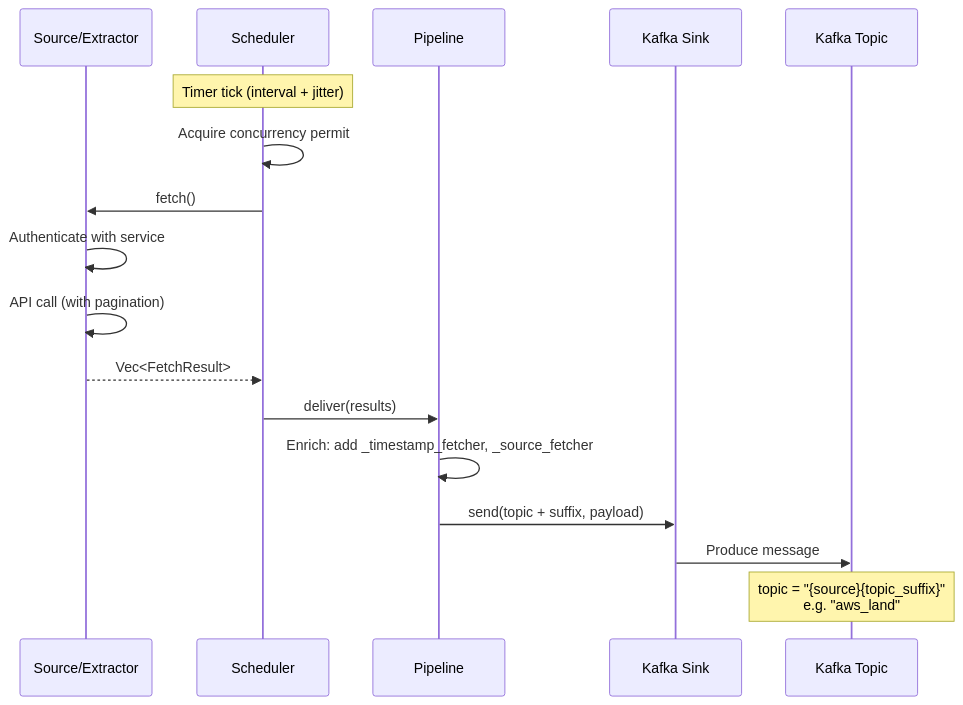
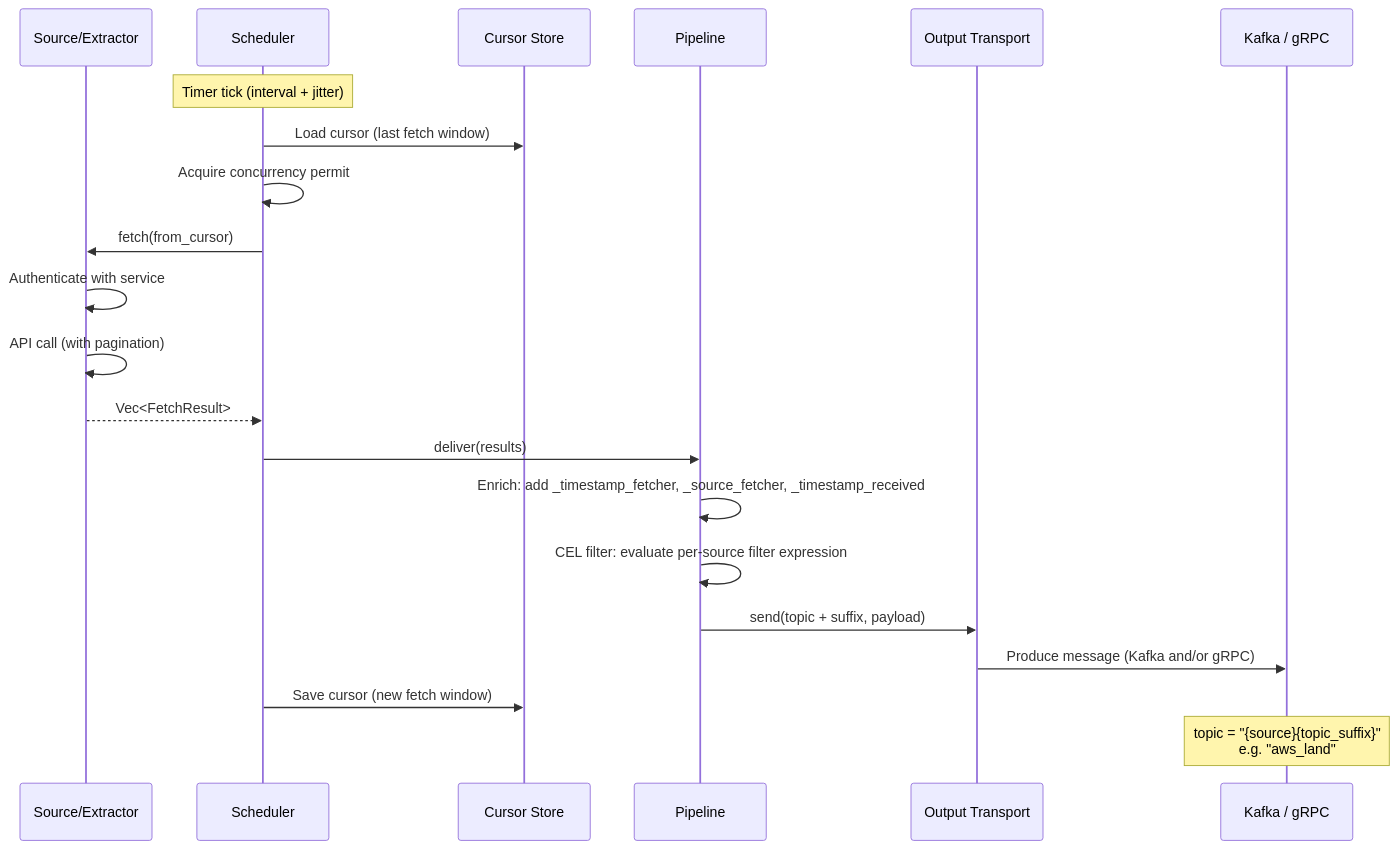
The third of 8 diagrams in docs/DESIGN.md (hyperi-io/dfe-fetcher), drawn with Mermaid before and after one commit. The commit also changed other lines of this file and 3 other files, not shown here.

Commit message:
docs: update architecture, config examples, and TODO for hardening

````diff
--- a/docs/DESIGN.md
+++ b/docs/DESIGN.md
@@ -118,20 +107,24 @@
 ```mermaid
 sequenceDiagram
     participant S as Source/Extractor
     participant Sch as Scheduler
+    participant C as Cursor Store
     participant P as Pipeline
-    participant K as Kafka Sink
-    participant T as Kafka Topic
+    participant O as Output Transport
+    participant T as Kafka / gRPC
 
     Note over Sch: Timer tick (interval + jitter)
+    Sch->>C: Load cursor (last fetch window)
     Sch->>Sch: Acquire concurrency permit
-    Sch->>S: fetch()
+    Sch->>S: fetch(from_cursor)
     S->>S: Authenticate with service
     S->>S: API call (with pagination)
     S-->>Sch: Vec<FetchResult>
     Sch->>P: deliver(results)
-    P->>P: Enrich: add _timestamp_fetcher, _source_fetcher
-    P->>K: send(topic + suffix, payload)
-    K->>T: Produce message
+    P->>P: Enrich: add _timestamp_fetcher, _source_fetcher, _timestamp_received
+    P->>P: CEL filter: evaluate per-source filter expression
+    P->>O: send(topic + suffix, payload)
+    O->>T: Produce message (Kafka and/or gRPC)
+    Sch->>C: Save cursor (new fetch window)
     Note over T: topic = "{source}{topic_suffix}"<br>e.g. "aws_land"
 ```
````
